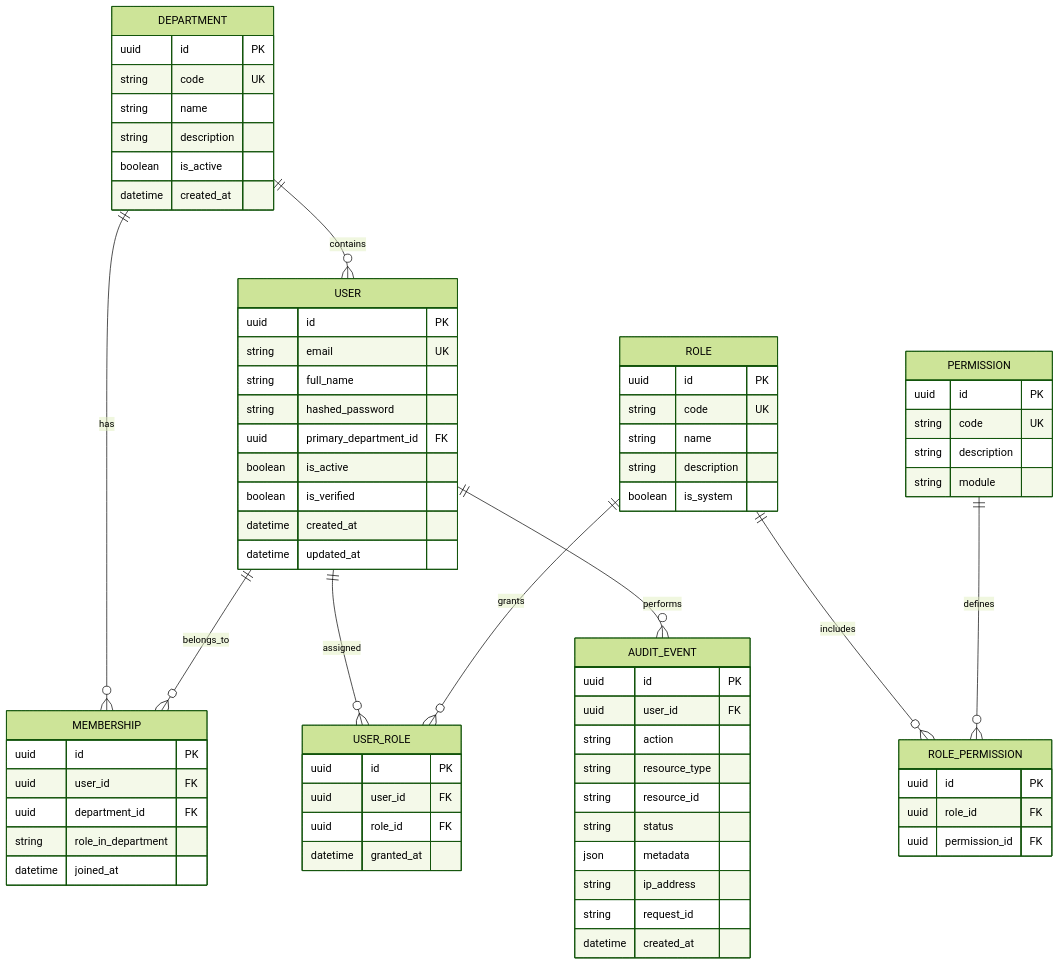
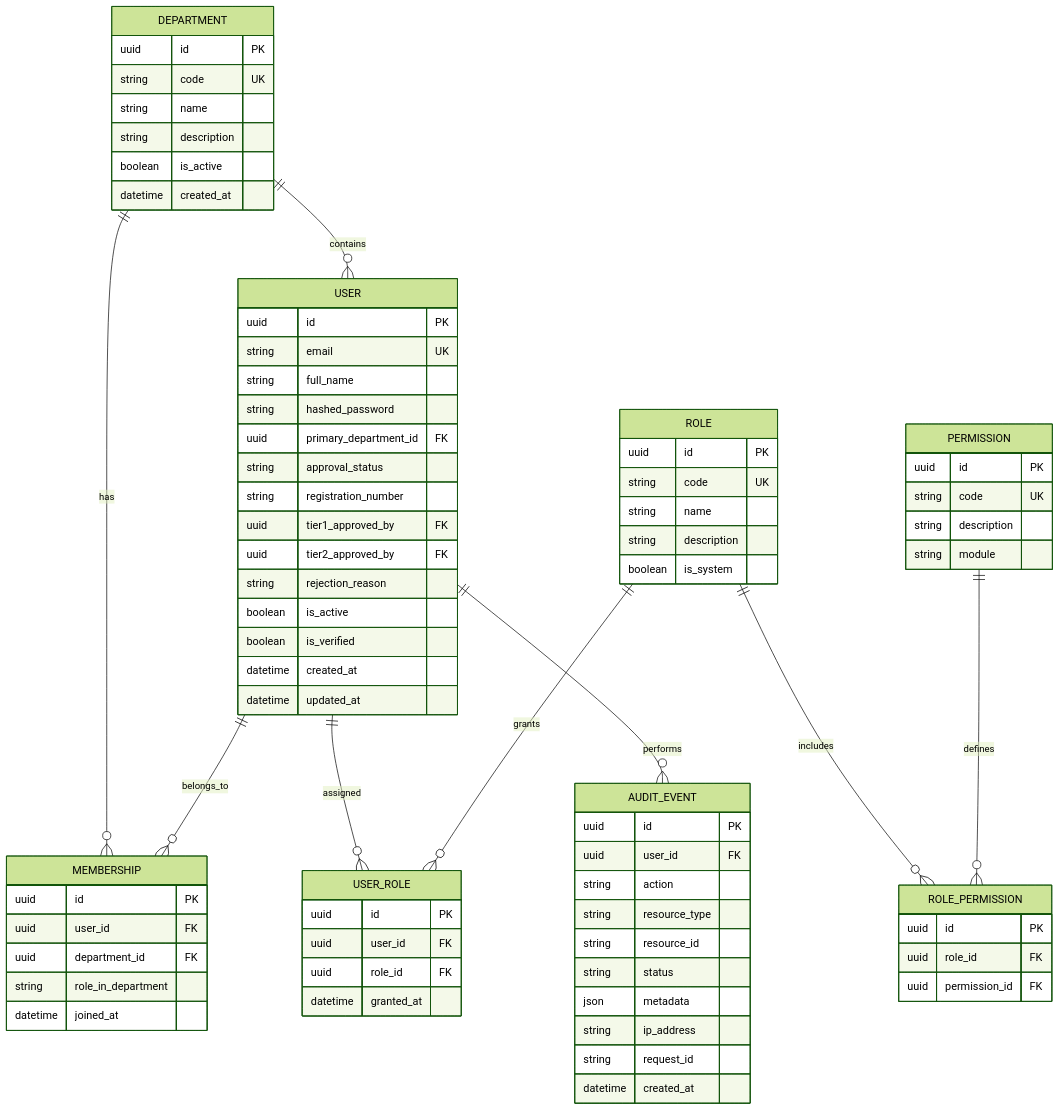
One commit to abhay-patil-cse27/concord-ikms changed the diagram in docs/architecture/DATA_MODEL.md. Above: the diagram before and after it, drawn with Mermaid (forest theme). The commit also changed 13 other files, not shown here.

Commit message:
refactor(architecture): decompose onboarding & approval UI into reusable components, synchronize end-to-end documentation

```diff
--- a/docs/architecture/DATA_MODEL.md
+++ b/docs/architecture/DATA_MODEL.md
@@ -32,6 +32,11 @@
         string full_name
         string hashed_password
         uuid primary_department_id FK
+        string approval_status
+        string registration_number
+        uuid tier1_approved_by FK
+        uuid tier2_approved_by FK
+        string rejection_reason
         boolean is_active
         boolean is_verified
         datetime created_at
```
